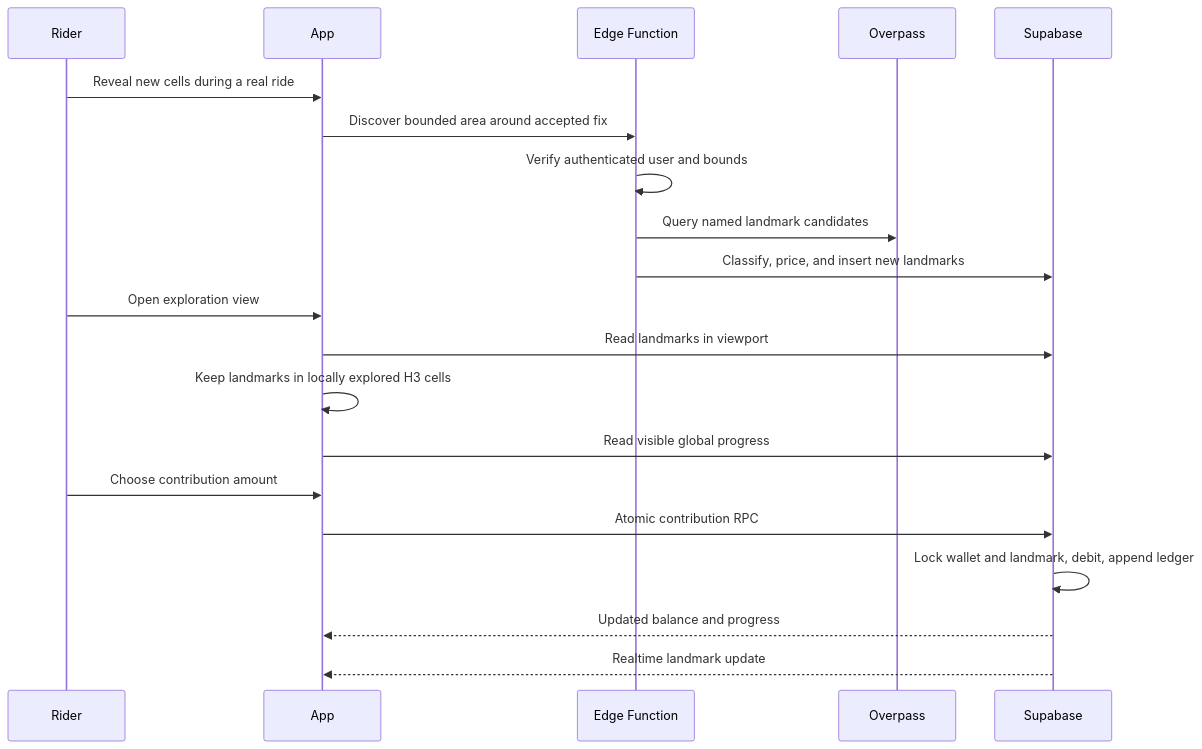
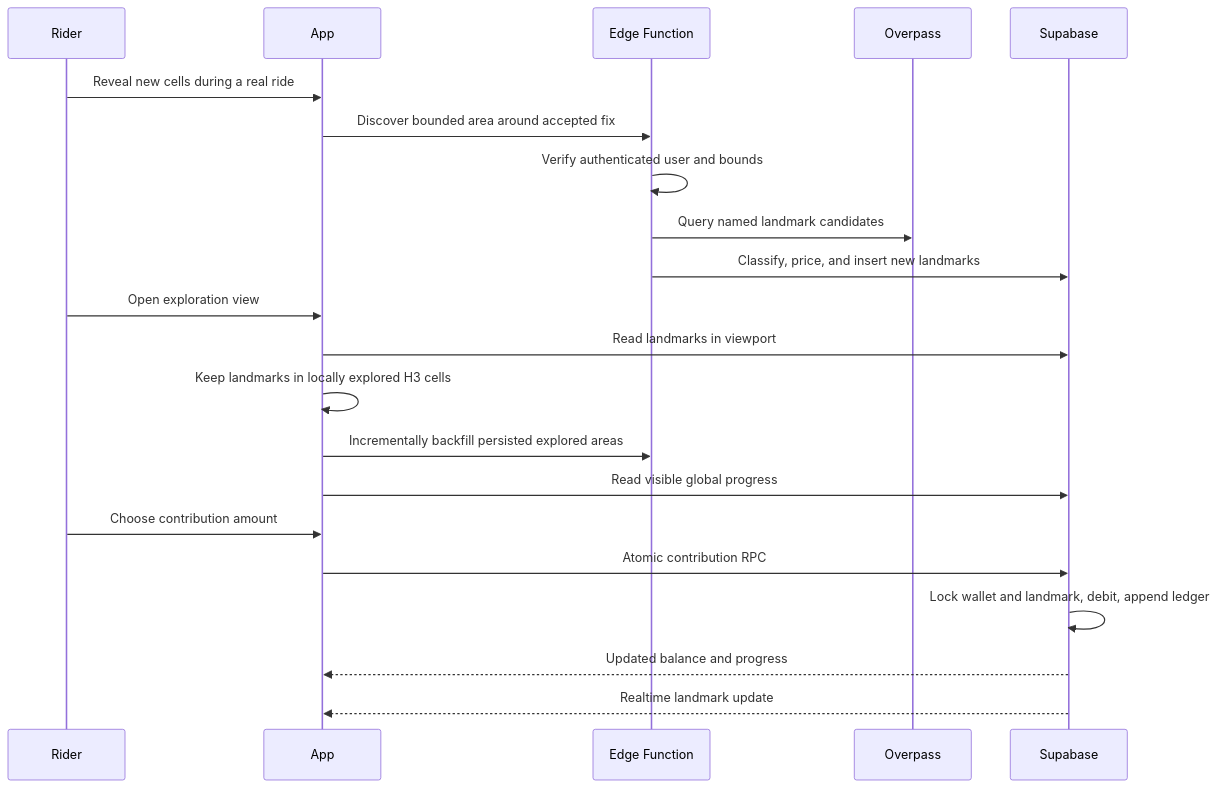
The second of 2 diagrams in Architecture/7-Runtime-View/7.4-Cloud-Synchronization.md (MadCowDevelopment/veloterra), drawn with Mermaid before and after one commit. The commit also changed 6 other files, not shown here.

Commit message:
Backfill landmarks from explored areas

````diff
--- a/Architecture/7-Runtime-View/7.4-Cloud-Synchronization.md
+++ b/Architecture/7-Runtime-View/7.4-Cloud-Synchronization.md
@@ -36,23 +36,24 @@
 ```mermaid
 sequenceDiagram
     participant Rider
     participant App
     participant Discovery as Edge Function
     participant OSM as Overpass
     participant Cloud as Supabase
 
     Rider->>App: Reveal new cells during a real ride
     App->>Discovery: Discover bounded area around accepted fix
     Discovery->>Discovery: Verify authenticated user and bounds
     Discovery->>OSM: Query named landmark candidates
     Discovery->>Cloud: Classify, price, and insert new landmarks
     Rider->>App: Open exploration view
     App->>Cloud: Read landmarks in viewport
     App->>App: Keep landmarks in locally explored H3 cells
+    App->>Discovery: Incrementally backfill persisted explored areas
     App->>Cloud: Read visible global progress
     Rider->>App: Choose contribution amount
     App->>Cloud: Atomic contribution RPC
     Cloud->>Cloud: Lock wallet and landmark, debit, append ledger
     Cloud-->>App: Updated balance and progress
     Cloud-->>App: Realtime landmark update
 ```
````
